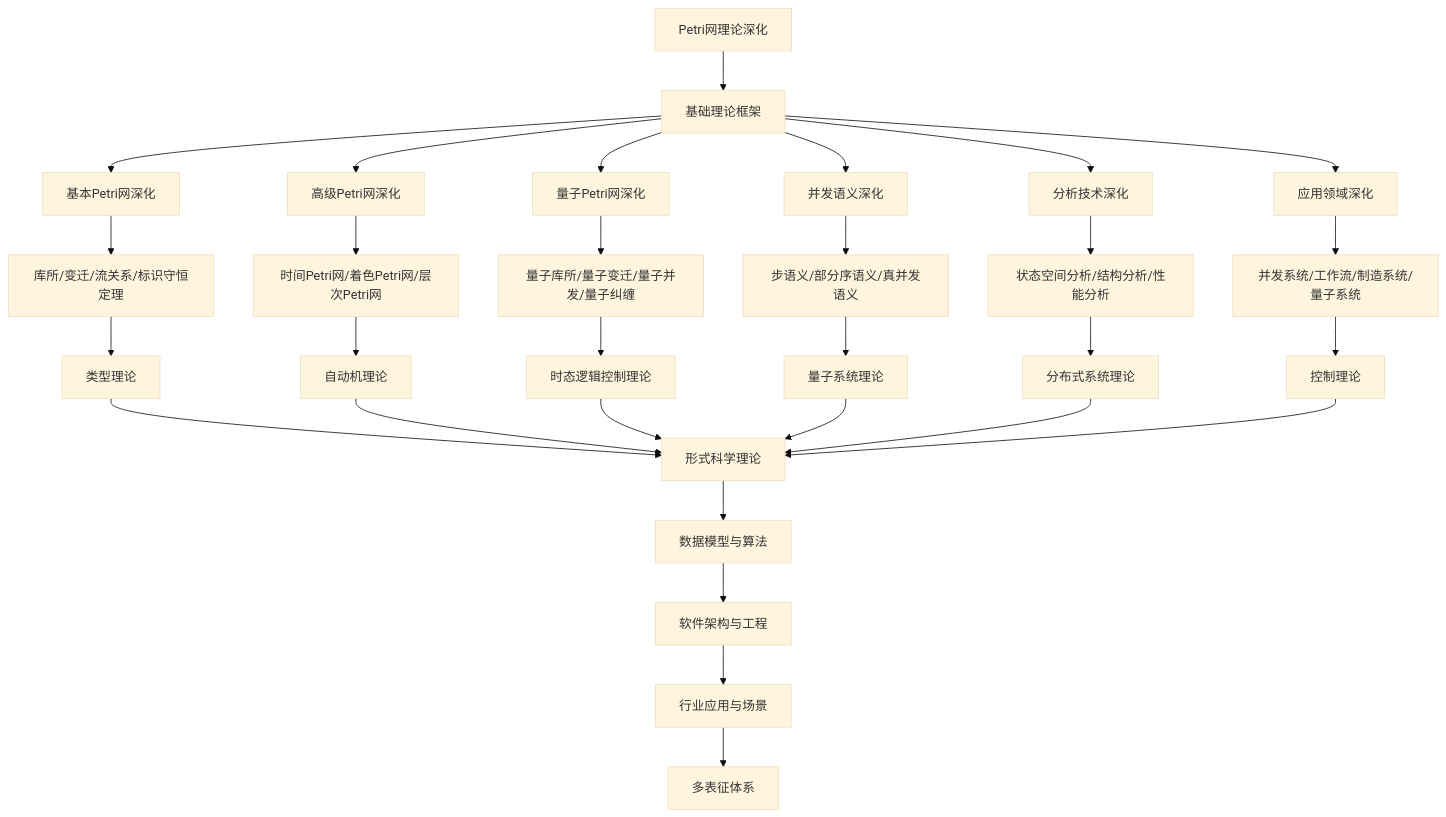
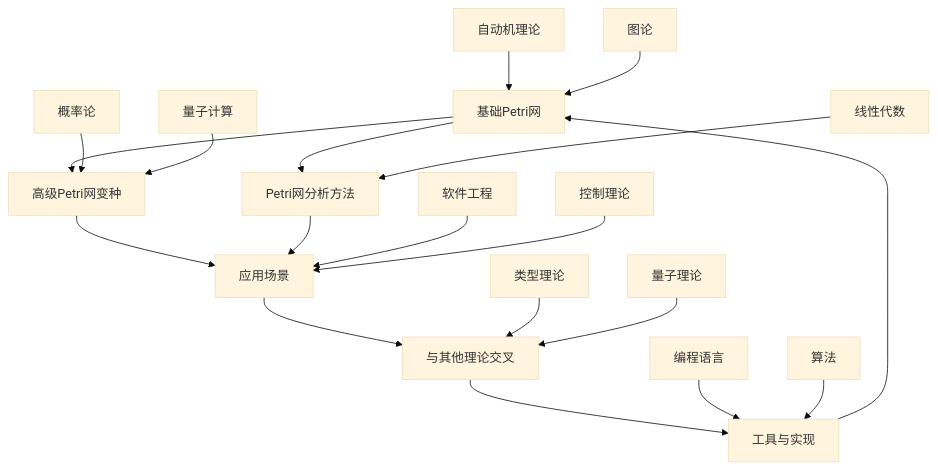
The diagram in Analysis/8-形式理论深化/8.3-Petri网理论深化/README.md (AdaMartin18010/Data-Science), drawn with Mermaid (base theme) before and after one commit. The commit also changed other lines of this file and 19 other files, not shown here.

````diff
--- a/Analysis/8-形式理论深化/8.3-Petri网理论深化/README.md
+++ b/Analysis/8-形式理论深化/8.3-Petri网理论深化/README.md
@@ -31,30 +33,22 @@
 ```mermaid
-flowchart TD
-  A[Petri网理论深化] --> B[基础理论框架]
-  B --> C1[基本Petri网深化]
-  B --> C2[高级Petri网深化]
-  B --> C3[量子Petri网深化]
-  B --> C4[并发语义深化]
-  B --> C5[分析技术深化]
-  B --> C6[应用领域深化]
-  
-  C1 --> D[库所/变迁/流关系/标识守恒定理]
-  C2 --> E[时间Petri网/着色Petri网/层次Petri网]
-  C3 --> F[量子库所/量子变迁/量子并发/量子纠缠]
-  C4 --> G[步语义/部分序语义/真并发语义]
-  C5 --> H[状态空间分析/结构分析/性能分析]
-  C6 --> I[并发系统/工作流/制造系统/量子系统]
-  
-  D --> J[类型理论]
-  E --> K[自动机理论]
-  F --> L[时态逻辑控制理论]
-  G --> M[量子系统理论]
-  H --> N[分布式系统理论]
-  I --> O[控制理论]
-  
-  J & K & L & M & N & O --> P[形式科学理论]
-  P --> Q[数据模型与算法]
-  Q --> R[软件架构与工程]
-  R --> S[行业应用与场景]
-  S --> T[多表征体系]
+graph TD
+    A[基础Petri网] --> B[高级Petri网变种]
+    A --> C[Petri网分析方法]
+    B --> D[应用场景]
+    C --> D
+    D --> E[与其他理论交叉]
+    E --> F[工具与实现]
+    F --> A
+    
+    G[自动机理论] --> A
+    H[图论] --> A
+    I[概率论] --> B
+    J[量子计算] --> B
+    K[线性代数] --> C
+    L[软件工程] --> D
+    M[控制理论] --> D
+    N[类型理论] --> E
+    O[量子理论] --> E
+    P[编程语言] --> F
+    Q[算法] --> F
 ```
````
